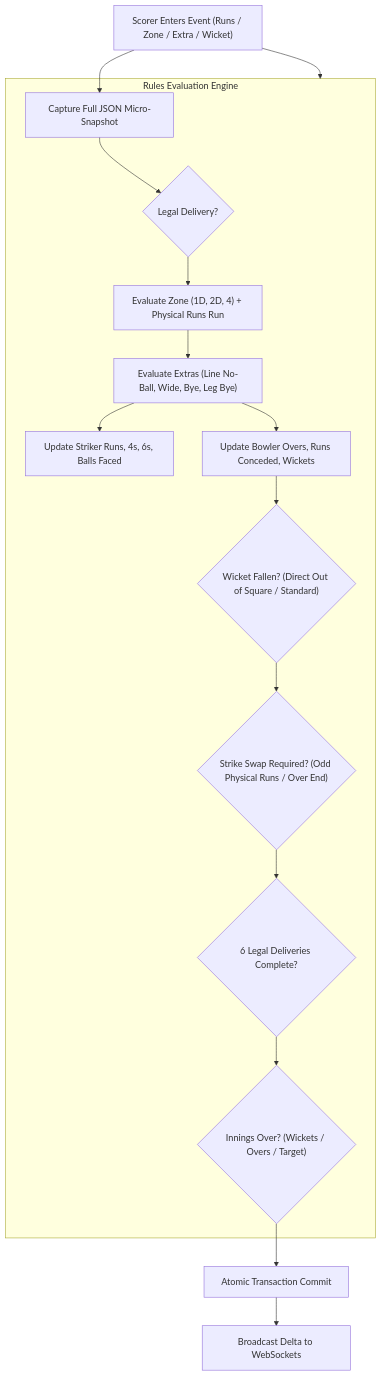
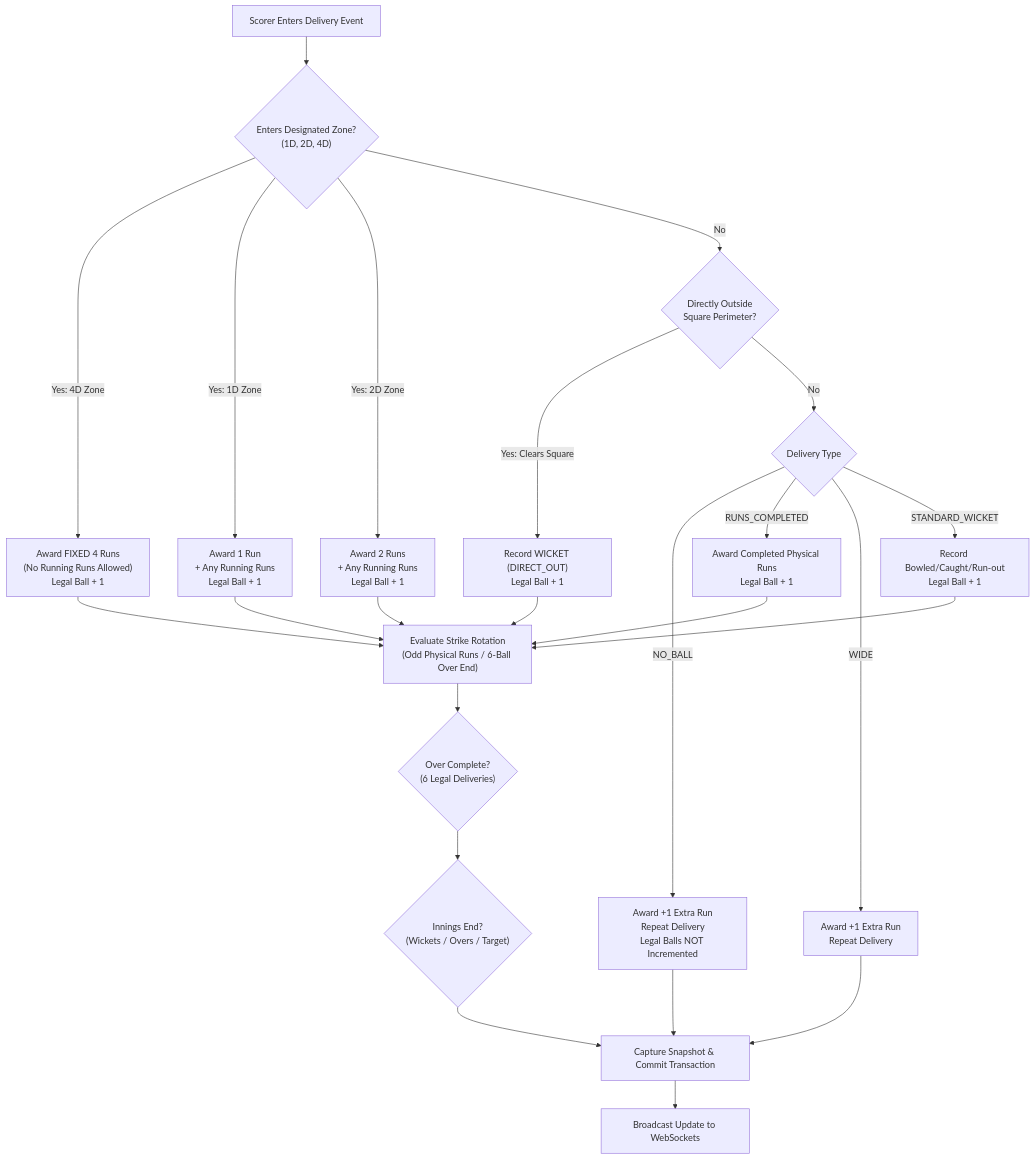
One commit to Yajat-Sharma/BPL changed the diagram in docs/SCORING_ENGINE.md. Above: the diagram before and after it, drawn with Mermaid. The commit also changed other lines of this file and 4 other files, not shown here.

Commit message:
docs: integrate confirmed BPL scoring rules (DIRECT_OUT, NO_BALL +1 repeat, FIXED 4D, 1D, 2D, RUNS_COMPLETED, and zone precedence safeguard)

````diff
--- a/docs/SCORING_ENGINE.md
+++ b/docs/SCORING_ENGINE.md
@@ -7,30 +14,32 @@
 ```mermaid
 flowchart TD
-    DeliveryInput["Scorer Enters Event (Runs / Zone / Extra / Wicket)"] --> RulesEngine["BPL Ground Rules Processor"]
+    DeliveryInput["Scorer Enters Delivery Event"] --> ZoneGuard{"Enters Designated Zone?<br/>(1D, 2D, 4D)"}
     
-    subgraph RulesEngine ["Rules Evaluation Engine"]
-        LegalCheck{"Legal Delivery?"}
-        Snapshotter["Capture Full JSON Micro-Snapshot"]
-        ZoneRunsCalc["Evaluate Zone (1D, 2D, 4) + Physical Runs Run"]
-        ExtrasCalc["Evaluate Extras (Line No-Ball, Wide, Bye, Leg Bye)"]
-        BatScorecard["Update Striker Runs, 4s, 6s, Balls Faced"]
-        BowlScorecard["Update Bowler Overs, Runs Conceded, Wickets"]
-        WicketHandler{"Wicket Fallen? (Direct Out of Square / Standard)"}
-        StrikeRotator{"Strike Swap Required? (Odd Physical Runs / Over End)"}
-        OverCheck{"6 Legal Deliveries Complete?"}
-        InningsEnd{"Innings Over? (Wickets / Overs / Target)"}
-    end
+    ZoneGuard -->|Yes: 4D Zone| FixedFour["Award FIXED 4 Runs<br/>(No Running Runs Allowed)<br/>Legal Ball + 1"]
+    ZoneGuard -->|Yes: 1D Zone| OneD["Award 1 Run<br/>+ Any Running Runs<br/>Legal Ball + 1"]
+    ZoneGuard -->|Yes: 2D Zone| TwoD["Award 2 Runs<br/>+ Any Running Runs<br/>Legal Ball + 1"]
+    
+    ZoneGuard -->|No| DirectOutCheck{"Directly Outside<br/>Square Perimeter?"}
+    
+    DirectOutCheck -->|Yes: Clears Square| DirectWicket["Record WICKET (DIRECT_OUT)<br/>Legal Ball + 1"]
+    DirectOutCheck -->|No| EventBranch{"Delivery Type"}
 
-    DeliveryInput --> Snapshotter
-    Snapshotter --> LegalCheck
-    LegalCheck --> ZoneRunsCalc
-    ZoneRunsCalc --> ExtrasCalc
-    ExtrasCalc --> BatScorecard
-    ExtrasCalc --> BowlScorecard
-    BowlScorecard --> WicketHandler
-    WicketHandler --> StrikeRotator
-    StrikeRotator --> OverCheck
-    OverCheck --> InningsEnd
-    InningsEnd --> CommitDB["Atomic Transaction Commit"]
-    CommitDB --> WSBroadcast["Broadcast Delta to WebSockets"]
+    EventBranch -->|NO_BALL| NoBall["Award +1 Extra Run<br/>Repeat Delivery<br/>Legal Balls NOT Incremented"]
+    EventBranch -->|RUNS_COMPLETED| PhysRuns["Award Completed Physical Runs<br/>Legal Ball + 1"]
+    EventBranch -->|WIDE| WideBall["Award +1 Extra Run<br/>Repeat Delivery"]
+    EventBranch -->|STANDARD_WICKET| StdWicket["Record Bowled/Caught/Run-out<br/>Legal Ball + 1"]
+
+    FixedFour --> StrikeRotator
+    OneD --> StrikeRotator
+    TwoD --> StrikeRotator
+    DirectWicket --> StrikeRotator
+    NoBall --> ScorecardUpdater
+    PhysRuns --> StrikeRotator
+    WideBall --> ScorecardUpdater
+    StdWicket --> StrikeRotator
+
+    StrikeRotator["Evaluate Strike Rotation<br/>(Odd Physical Runs / 6-Ball Over End)"] --> OverCheck{"Over Complete?<br/>(6 Legal Deliveries)"}
+    OverCheck --> InningsCheck{"Innings End?<br/>(Wickets / Overs / Target)"}
+    InningsCheck --> ScorecardUpdater["Capture Snapshot & Commit Transaction"]
+    ScorecardUpdater --> WSBroadcast["Broadcast Update to WebSockets"]
 ```
````
